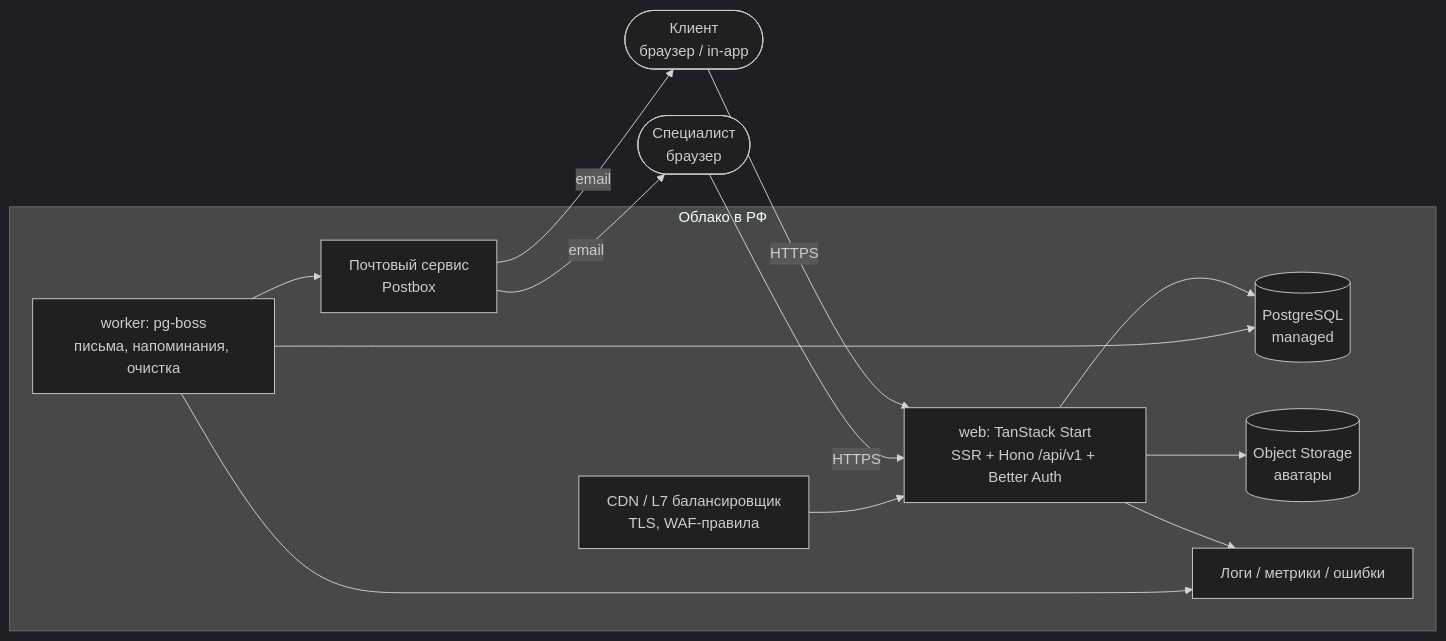
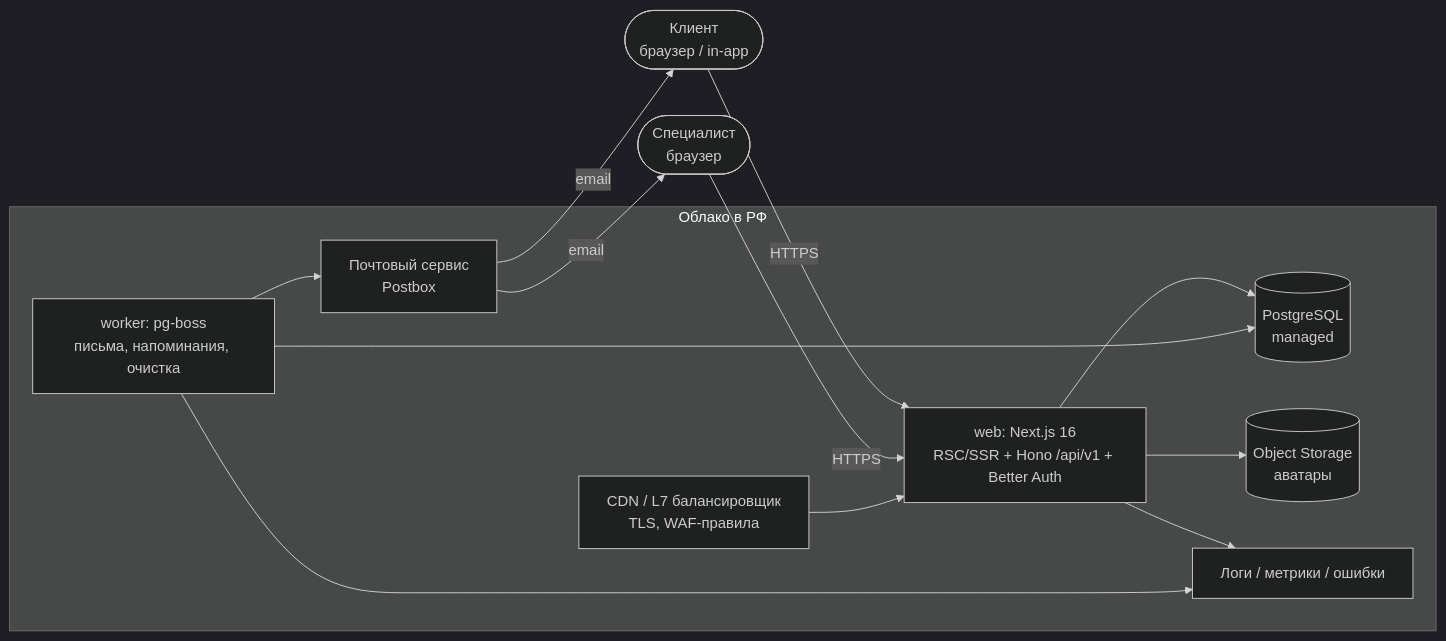
The first of 2 diagrams in docs/product-blueprint/14-architecture.md (Evgeniy04/enroll), drawn with Mermaid (dark theme) before and after one commit. The commit also changed other lines of this file and 6 other files, not shown here.

First line of the commit message:
Blueprint: фреймворк — Next.js 16 вместо TanStack Start (решение владельца)

````diff
--- a/docs/product-blueprint/14-architecture.md
+++ b/docs/product-blueprint/14-architecture.md
@@ -11,23 +11,23 @@
 ```mermaid
 flowchart LR
   Client([Клиент<br/>браузер / in-app]) -->|HTTPS| Web
   Spec([Специалист<br/>браузер]) -->|HTTPS| Web
   subgraph RF[Облако в РФ]
     CDN[CDN / L7 балансировщик<br/>TLS, WAF-правила]
-    Web[web: TanStack Start<br/>SSR + Hono /api/v1 + Better Auth]
+    Web[web: Next.js 16<br/>RSC/SSR + Hono /api/v1 + Better Auth]
     Worker[worker: pg-boss<br/>письма, напоминания, очистка]
     PG[(PostgreSQL<br/>managed)]
     S3[(Object Storage<br/>аватары)]
     Mail[Почтовый сервис<br/>Postbox]
     Logs[Логи / метрики / ошибки]
   end
   CDN --> Web
   Web --> PG
   Web --> S3
   Worker --> PG
   Worker --> Mail
   Web --> Logs
   Worker --> Logs
   Mail -->|email| Client
   Mail -->|email| Spec
 ```
````
